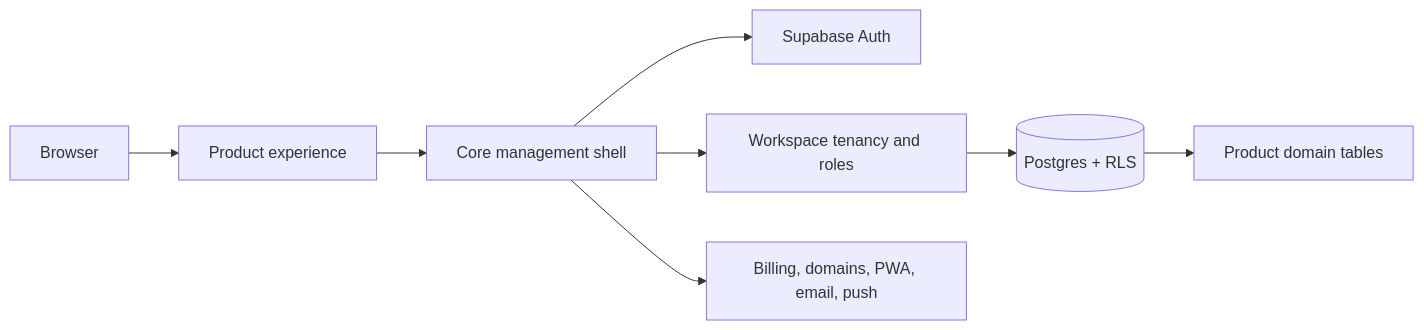
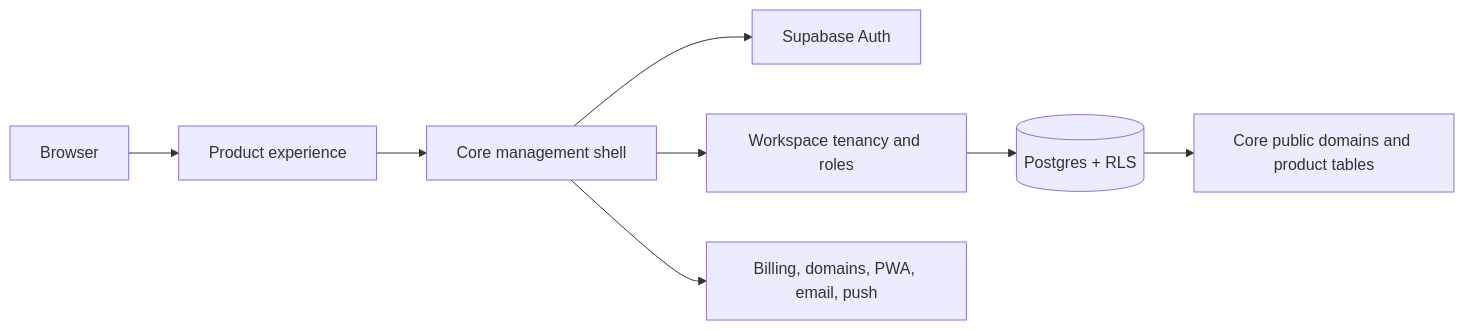
One commit to SapienXai/saas-core changed the diagram in README.md. Above: the diagram before and after it, drawn with Mermaid. The commit also changed other lines of this file and 14 other files, not shown here.

Commit message:
docs(core): document public domain ownership

````diff
--- a/README.md
+++ b/README.md
@@ -21,10 +22,10 @@
 ```mermaid
 flowchart LR
   Browser[Browser] --> Product[Product experience]
   Product --> Shell[Core management shell]
   Shell --> Auth[Supabase Auth]
   Shell --> Tenant[Workspace tenancy and roles]
   Tenant --> RLS[(Postgres + RLS)]
-  RLS --> Domain[Product domain tables]
+  RLS --> Domain[Core public domains and product tables]
   Shell --> Services[Billing, domains, PWA, email, push]
 ```
````
